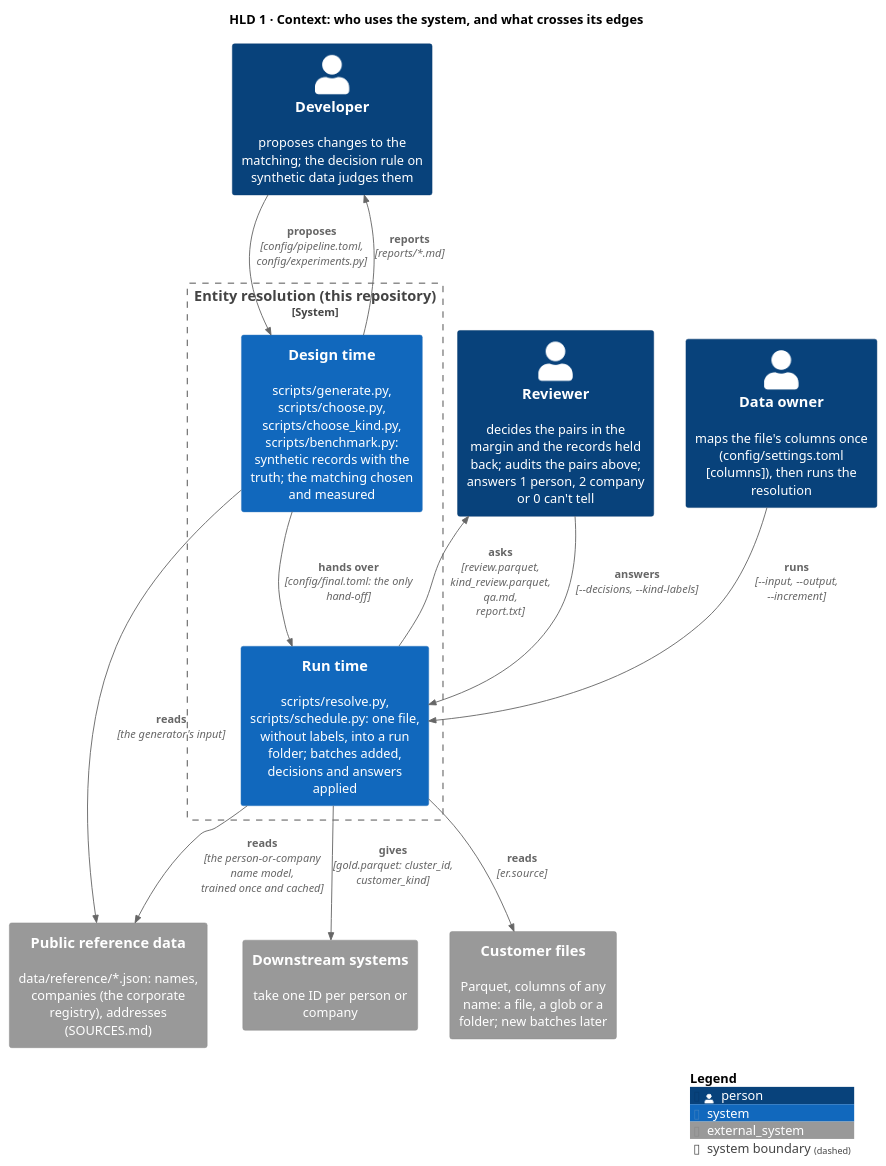
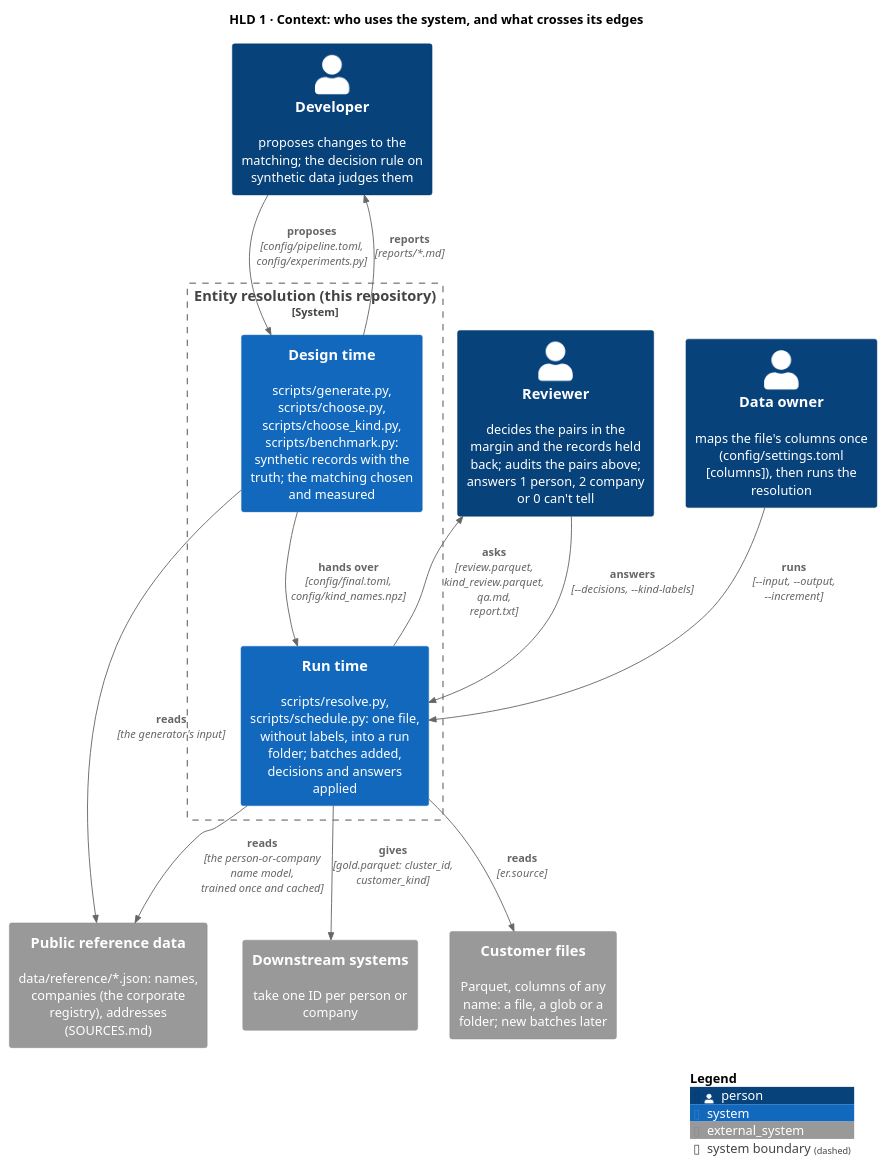
The diagram in docs/diagrams/context.puml (mvsbm/entity_matching), drawn with PlantUML before and after one commit. The commit also changed 22 other files, not shown here.

First line of the commit message:
The name model a design-time file a run only loads

```diff
--- a/docs/diagrams/context.puml
+++ b/docs/diagrams/context.puml
@@ -1,31 +1,31 @@
 @startuml context
 !include <C4/C4_Context>
 LAYOUT_TOP_DOWN()
 HIDE_STEREOTYPE()
 title HLD 1 · Context: who uses the system, and what crosses its edges
 
 Person(owner, "Data owner", "maps the file's columns once (config/settings.toml [columns]), then runs the resolution")
 Person(reviewer, "Reviewer", "decides the pairs in the margin and the records held back; audits the pairs above; answers 1 person, 2 company or 0 can't tell")
 Person(developer, "Developer", "proposes changes to the matching; the decision rule on synthetic data judges them")
 
 System_Ext(files, "Customer files", "Parquet, columns of any name: a file, a glob or a folder; new batches later")
 System_Ext(reference, "Public reference data", "data/reference/*.json: names, companies (the corporate registry), addresses (SOURCES.md)")
 System_Ext(downstream, "Downstream systems", "take one ID per person or company")
 
 System_Boundary(er, "Entity resolution (this repository)") {
   System(runtime, "Run time", "scripts/resolve.py, scripts/schedule.py: one file, without labels, into a run folder; batches added, decisions and answers applied")
   System(design, "Design time", "scripts/generate.py, scripts/choose.py, scripts/choose_kind.py, scripts/benchmark.py: synthetic records with the truth; the matching chosen and measured")
 }
 
 Rel(owner, runtime, "runs", "~--input, ~--output, ~--increment")
 Rel(runtime, files, "reads", "er.source")
 Rel(runtime, reference, "reads", "the person-or-company name model, trained once and cached")
 Rel(design, reference, "reads", "the generator's input")
 Rel(developer, design, "proposes", "config/pipeline.toml, config/experiments.py")
 Rel(design, developer, "reports", "reports/*.md")
-Rel(design, runtime, "hands over", "config/final.toml: the only hand-off")
+Rel(design, runtime, "hands over", "config/final.toml, config/kind_names.npz")
 Rel(runtime, reviewer, "asks", "review.parquet, kind_review.parquet, qa.md, report.txt")
 Rel(reviewer, runtime, "answers", "~--decisions, ~--kind-labels")
 Rel(runtime, downstream, "gives", "gold.parquet: cluster_id, customer_kind")
 SHOW_LEGEND()
 @enduml
```
